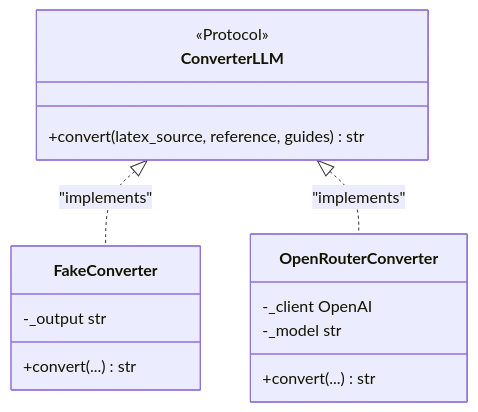
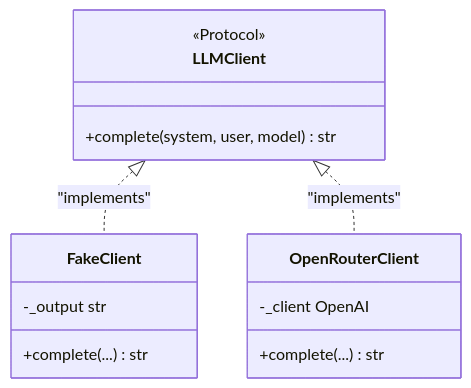
The fifth of 11 diagrams in CODEBASE_GUIDE.md (SushrutGaikwad/b2t), drawn with Mermaid before and after one commit. The commit also changed other lines of this file, not shown here.

First line of the commit message:
docs: rewrite CODEBASE_GUIDE.md for the LLM seam, prompts, UI, and CI

````diff
--- a/CODEBASE_GUIDE.md
+++ b/CODEBASE_GUIDE.md
@@ -387,18 +446,17 @@
 ```mermaid
 classDiagram
-    class ConverterLLM {
+    class LLMClient {
         <<Protocol>>
-        +convert(latex_source, reference, guides) str
+        +complete(system, user, model) str
     }
-    class FakeConverter {
+    class FakeClient {
         -_output str
-        +convert(...) str
+        +complete(...) str
     }
-    class OpenRouterConverter {
+    class OpenRouterClient {
         -_client OpenAI
-        -_model str
-        +convert(...) str
+        +complete(...) str
     }
-    ConverterLLM <|.. FakeConverter : "implements"
-    ConverterLLM <|.. OpenRouterConverter : "implements"
+    LLMClient <|.. FakeClient : "implements"
+    LLMClient <|.. OpenRouterClient : "implements"
 ```
````
